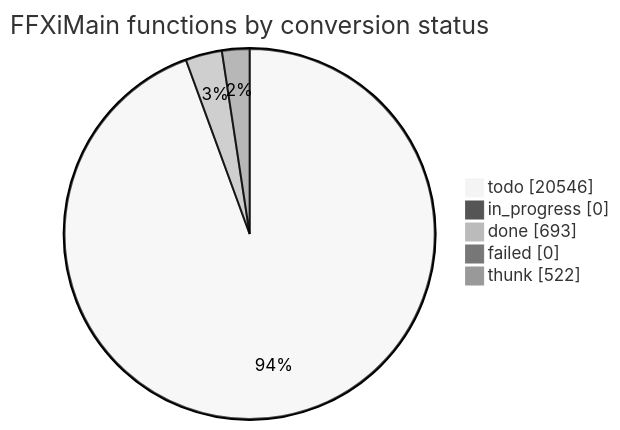
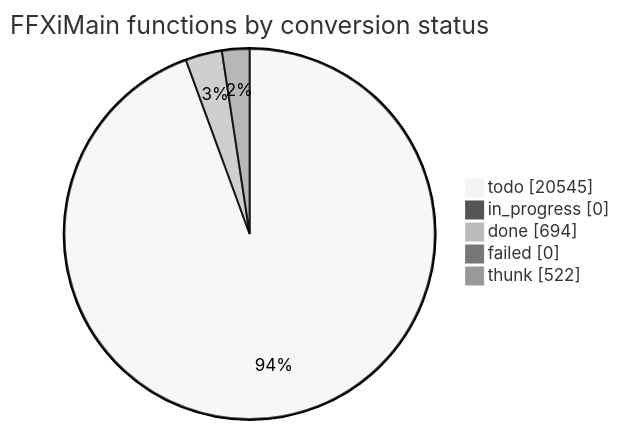
Before and after one commit to cowrevenge/cow_kuluu_xi_anything: the diagram in docs/cow/STATUS.md, drawn with Mermaid (neutral theme). The commit also changed other lines of this file and 9 other files, not shown here.

````diff
--- a/docs/cow/STATUS.md
+++ b/docs/cow/STATUS.md
@@ -18,9 +18,9 @@
 ```mermaid
 pie showData
     title FFXiMain functions by conversion status
-    "todo" : 20546
+    "todo" : 20545
     "in_progress" : 0
-    "done" : 693
+    "done" : 694
     "failed" : 0
     "thunk" : 522
 ```
````
